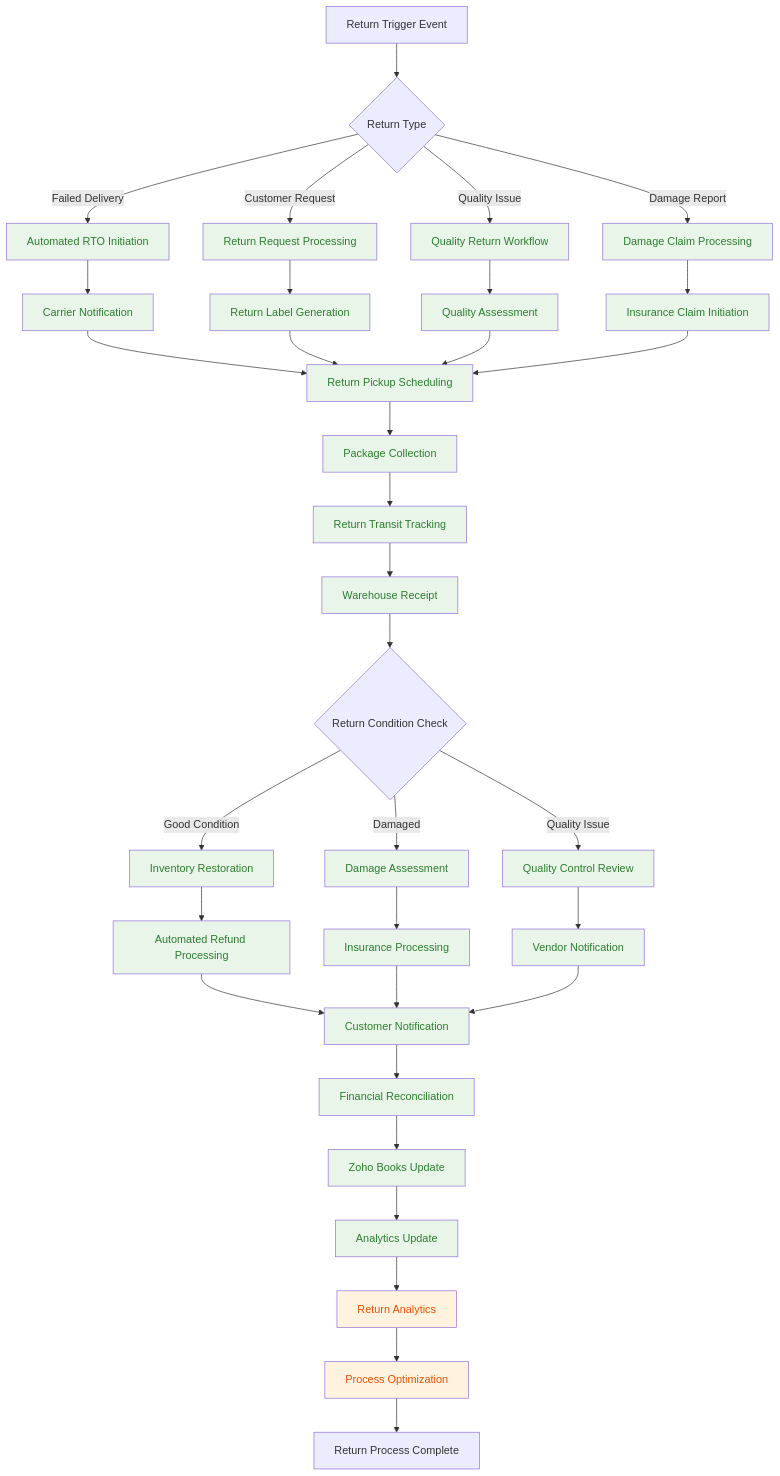
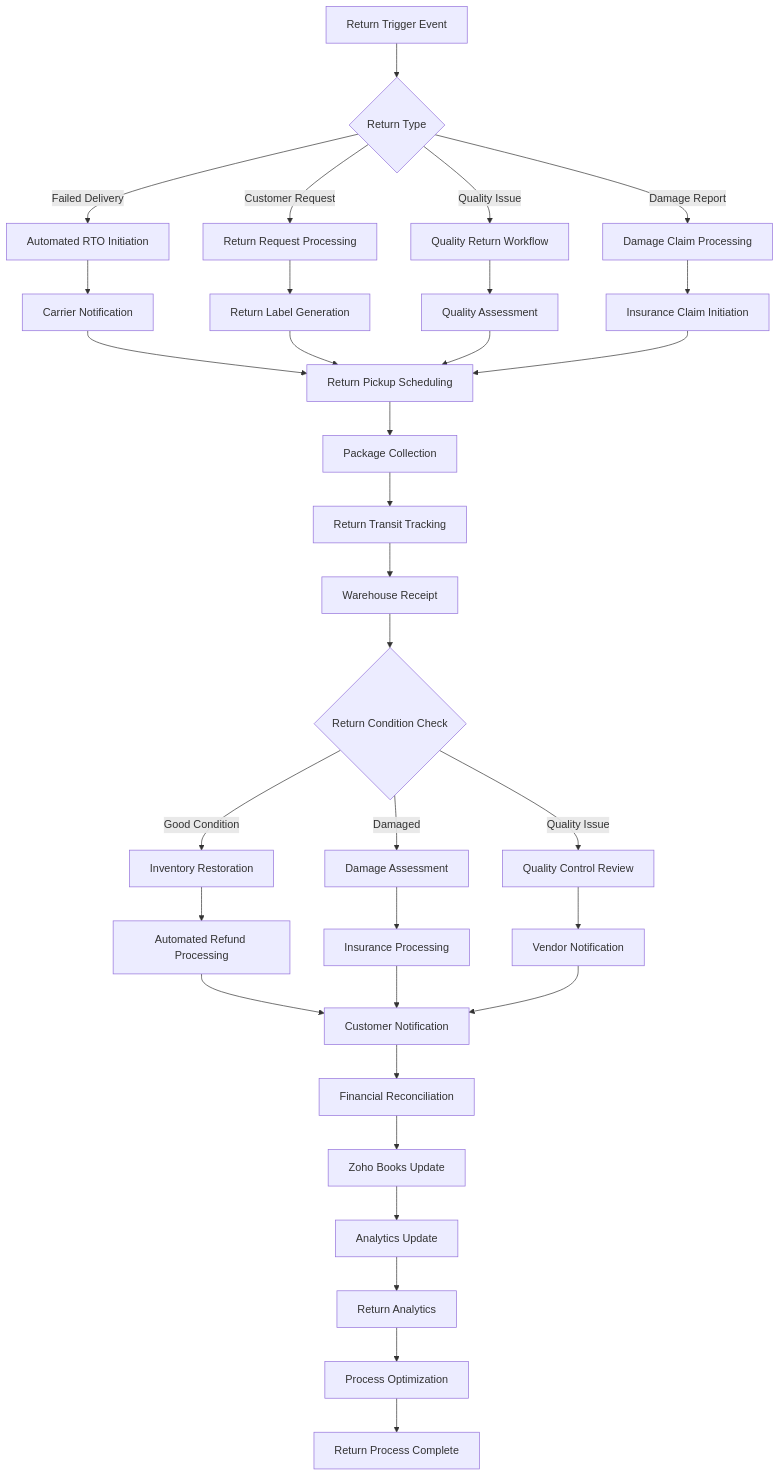
Before and after one commit to sandeepkumar0801/Digihub: diagram 19 of 44 in README.md, drawn with Mermaid. The commit also changed other lines of this file, not shown here.

Commit message:
update diagram index

````diff
--- a/README.md
+++ b/README.md
@@ -3383,68 +3241,68 @@
 ```mermaid
 graph TD
     A[Return Trigger Event] --> B{Return Type}
     B -->|Failed Delivery| C[Automated RTO Initiation]
     B -->|Customer Request| D[Return Request Processing]
     B -->|Quality Issue| E[Quality Return Workflow]
     B -->|Damage Report| F[Damage Claim Processing]
 
     C --> G[Carrier Notification]
     D --> H[Return Label Generation]
     E --> I[Quality Assessment]
     F --> J[Insurance Claim Initiation]
 
     G --> K[Return Pickup Scheduling]
     H --> K
     I --> K
     J --> K
 
     K --> L[Package Collection]
     L --> M[Return Transit Tracking]
     M --> N[Warehouse Receipt]
 
     N --> O{Return Condition Check}
     O -->|Good Condition| P[Inventory Restoration]
     O -->|Damaged| Q[Damage Assessment]
     O -->|Quality Issue| R[Quality Control Review]
 
     P --> S[Automated Refund Processing]
     Q --> T[Insurance Processing]
     R --> U[Vendor Notification]
 
     S --> V[Customer Notification]
     T --> V
     U --> V
 
     V --> W[Financial Reconciliation]
     W --> X[Zoho Books Update]
     X --> Y[Analytics Update]
 
     Y --> Z[Return Analytics]
     Z --> AA[Process Optimization]
     AA --> BB[Return Process Complete]
 
-    style C fill:#e8f5e8,color:#2e7d32
-    style D fill:#e8f5e8,color:#2e7d32
-    style E fill:#e8f5e8,color:#2e7d32
-    style F fill:#e8f5e8,color:#2e7d32
-    style G fill:#e8f5e8,color:#2e7d32
-    style H fill:#e8f5e8,color:#2e7d32
-    style I fill:#e8f5e8,color:#2e7d32
-    style J fill:#e8f5e8,color:#2e7d32
-    style K fill:#e8f5e8,color:#2e7d32
-    style L fill:#e8f5e8,color:#2e7d32
-    style M fill:#e8f5e8,color:#2e7d32
-    style N fill:#e8f5e8,color:#2e7d32
-    style P fill:#e8f5e8,color:#2e7d32
-    style Q fill:#e8f5e8,color:#2e7d32
-    style R fill:#e8f5e8,color:#2e7d32
-    style S fill:#e8f5e8,color:#2e7d32
-    style T fill:#e8f5e8,color:#2e7d32
-    style U fill:#e8f5e8,color:#2e7d32
-    style V fill:#e8f5e8,color:#2e7d32
-    style W fill:#e8f5e8,color:#2e7d32
-    style X fill:#e8f5e8,color:#2e7d32
-    style Y fill:#e8f5e8,color:#2e7d32
-    style Z fill:#fff3e0,color:#e65100
-    style AA fill:#fff3e0,color:#e65100
+
+
+
+
+
+
+
+
+
+
+
+
+
+
+
+
+
+
+
+
+
+
+
+
 ```
````
